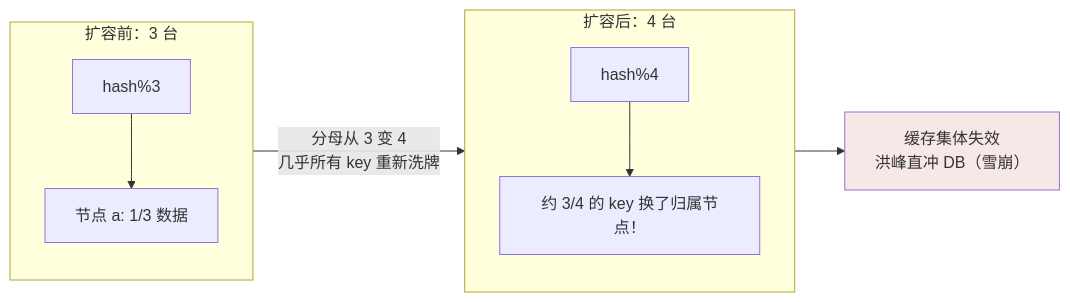
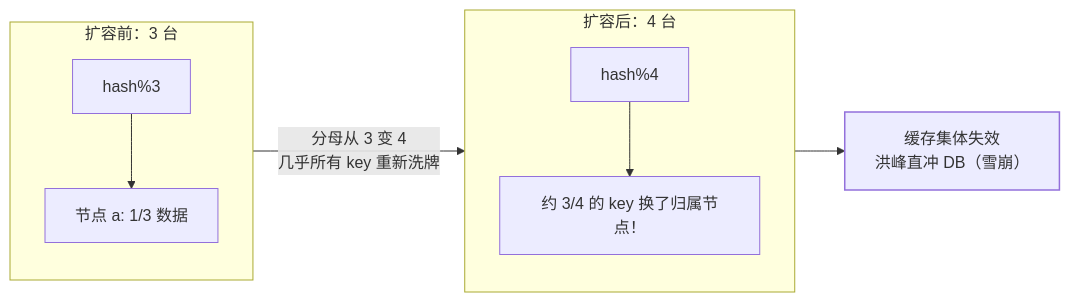
The first of 3 diagrams in src/content/docs/distributed/basic/theory/02-consistent-hashing.md (Loadhao/ascension), drawn with Mermaid before and after one commit. The commit also changed other lines of this file and 87 other files, not shown here.

First line of the commit message:
fix: 全站图表配色改由主题接管，修复暗色主题下浅底浅字看不清

````diff
--- a/src/content/docs/distributed/basic/theory/02-consistent-hashing.md
+++ b/src/content/docs/distributed/basic/theory/02-consistent-hashing.md
@@ -16,13 +16,14 @@
 ```mermaid
 flowchart LR
     subgraph BEFORE["扩容前：3 台"]
         B1["hash%3"] --> S1["节点 a: 1/3 数据"]
     end
     subgraph AFTER["扩容后：4 台"]
         A1["hash%4"] --> S2["约 3/4 的 key 换了归属节点！"]
     end
     BEFORE -->|"分母从 3 变 4<br/>几乎所有 key 重新洗牌"| AFTER
     AFTER --> CACHE_MISS["缓存集体失效<br/>洪峰直冲 DB（雪崩）"]
 
-    style CACHE_MISS fill:#f7e8e8
+    class CACHE_MISS bad
+    classDef bad stroke-width:1.5px
 ```
````
